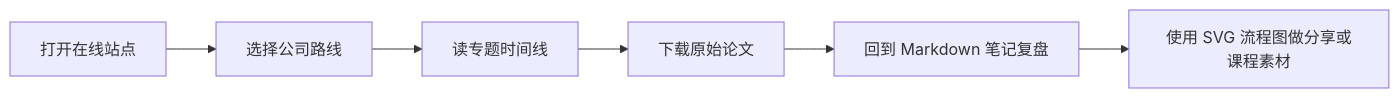
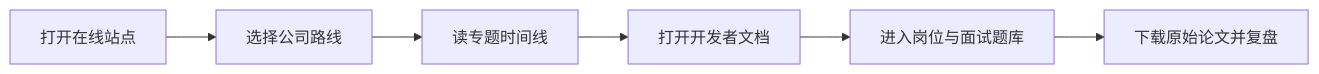
Before and after one commit to Harzva/ChinaAI-Roadmaps: the diagram in README.md, drawn with Mermaid. The commit also changed other lines of this file and 2 other files, not shown here.

````diff
--- a/README.md
+++ b/README.md
@@ -54,8 +57,8 @@
 ```mermaid
 flowchart LR
     A["打开在线站点"] --> B["选择公司路线"]
     B --> C["读专题时间线"]
-    C --> D["下载原始论文"]
-    D --> E["回到 Markdown 笔记复盘"]
-    E --> F["使用 SVG 流程图做分享或课程素材"]
+    C --> D["打开开发者文档"]
+    D --> E["进入岗位与面试题库"]
+    E --> F["下载原始论文并复盘"]
 ```
````
